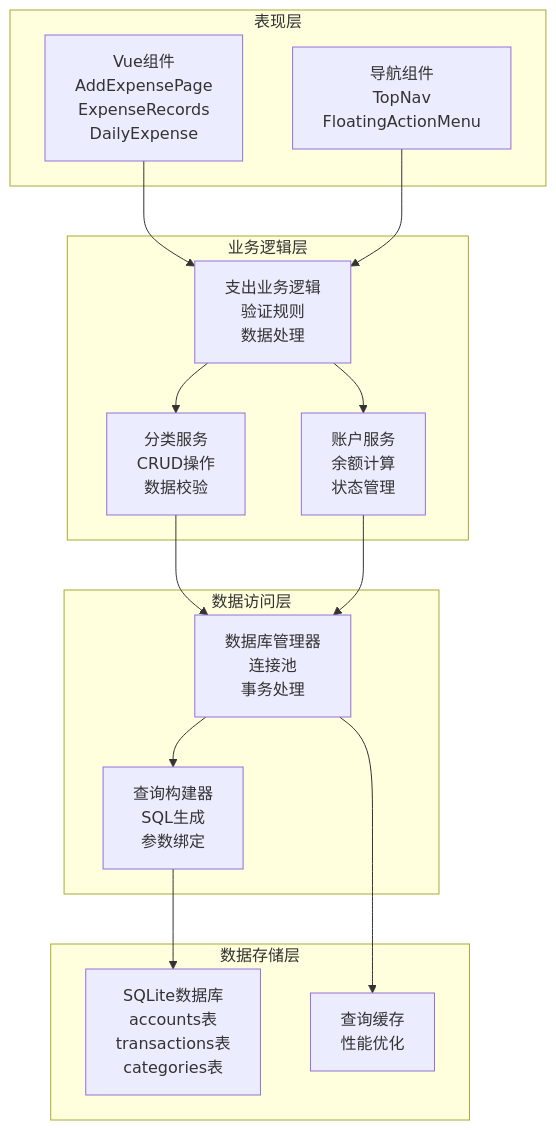
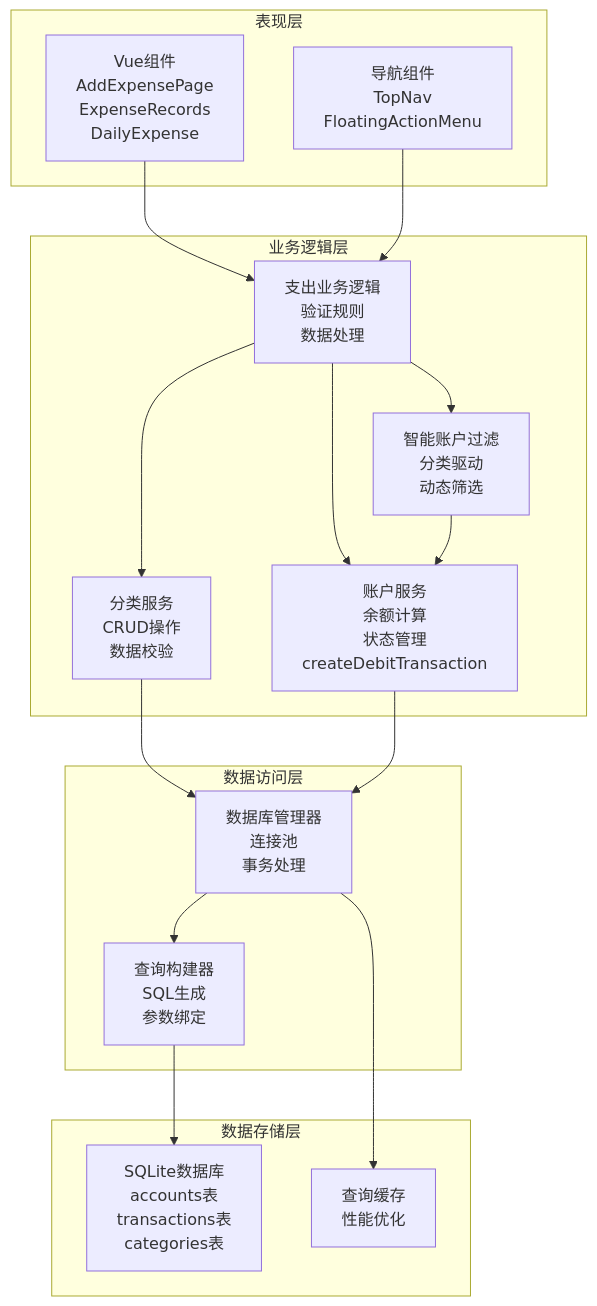
Before and after one commit to xiao-lin-unit/yuan: the second of 11 diagrams in .qoder/repowiki/zh/content/支出管理/支出记录管理.md, drawn with Mermaid. The commit also changed other lines of this file and 9 other files, not shown here.

````diff
--- a/.qoder/repowiki/zh/content/支出管理/支出记录管理.md
+++ b/.qoder/repowiki/zh/content/支出管理/支出记录管理.md
@@ -121,29 +148,32 @@
 ```mermaid
 graph TB
 subgraph "表现层"
 UI[Vue组件<br/>AddExpensePage<br/>ExpenseRecords<br/>DailyExpense]
 Navigation[导航组件<br/>TopNav<br/>FloatingActionMenu]
 end
 subgraph "业务逻辑层"
 ExpenseService[支出业务逻辑<br/>验证规则<br/>数据处理]
 CategoryService[分类服务<br/>CRUD操作<br/>数据校验]
-AccountService[账户服务<br/>余额计算<br/>状态管理]
+AccountService[账户服务<br/>余额计算<br/>状态管理<br/>createDebitTransaction]
+SmartFilter[智能账户过滤<br/>分类驱动<br/>动态筛选]
 end
 subgraph "数据访问层"
 DatabaseManager[数据库管理器<br/>连接池<br/>事务处理]
 QueryBuilder[查询构建器<br/>SQL生成<br/>参数绑定]
 end
 subgraph "数据存储层"
 SQLite[SQLite数据库<br/>accounts表<br/>transactions表<br/>categories表]
 Cache[查询缓存<br/>性能优化]
 end
 UI --> ExpenseService
 Navigation --> ExpenseService
 ExpenseService --> CategoryService
 ExpenseService --> AccountService
+ExpenseService --> SmartFilter
 CategoryService --> DatabaseManager
 AccountService --> DatabaseManager
+SmartFilter --> AccountService
 DatabaseManager --> QueryBuilder
 QueryBuilder --> SQLite
 DatabaseManager --> Cache
 ```
````
